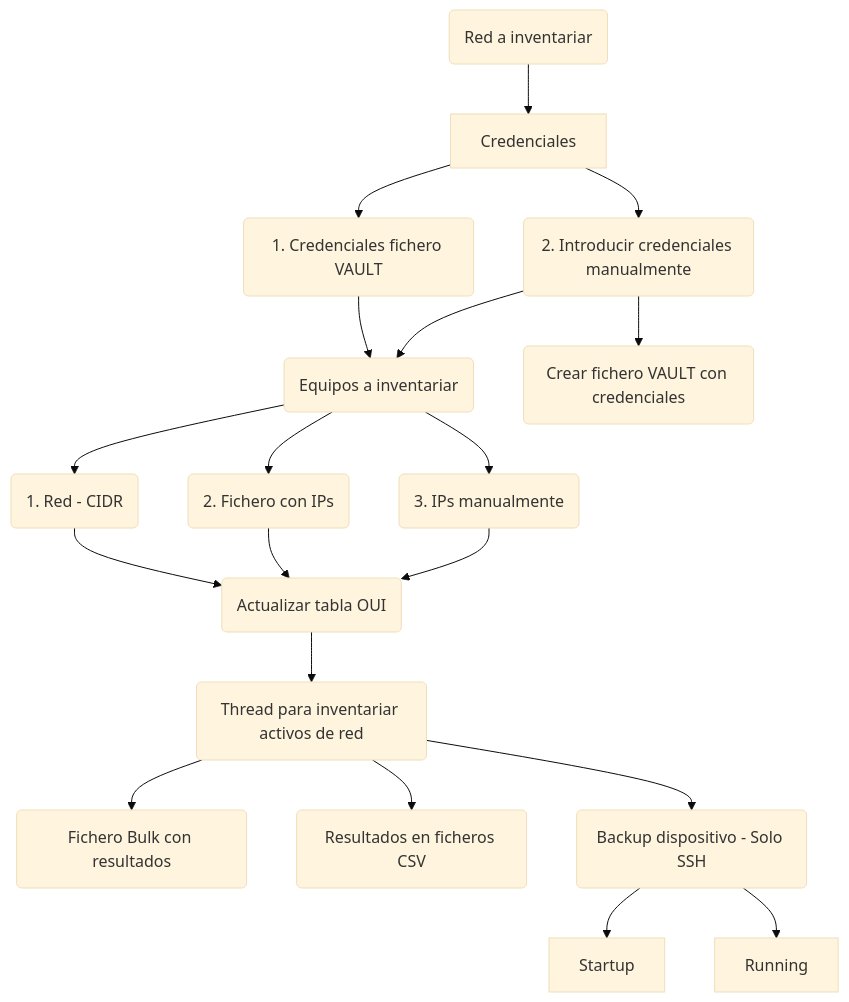
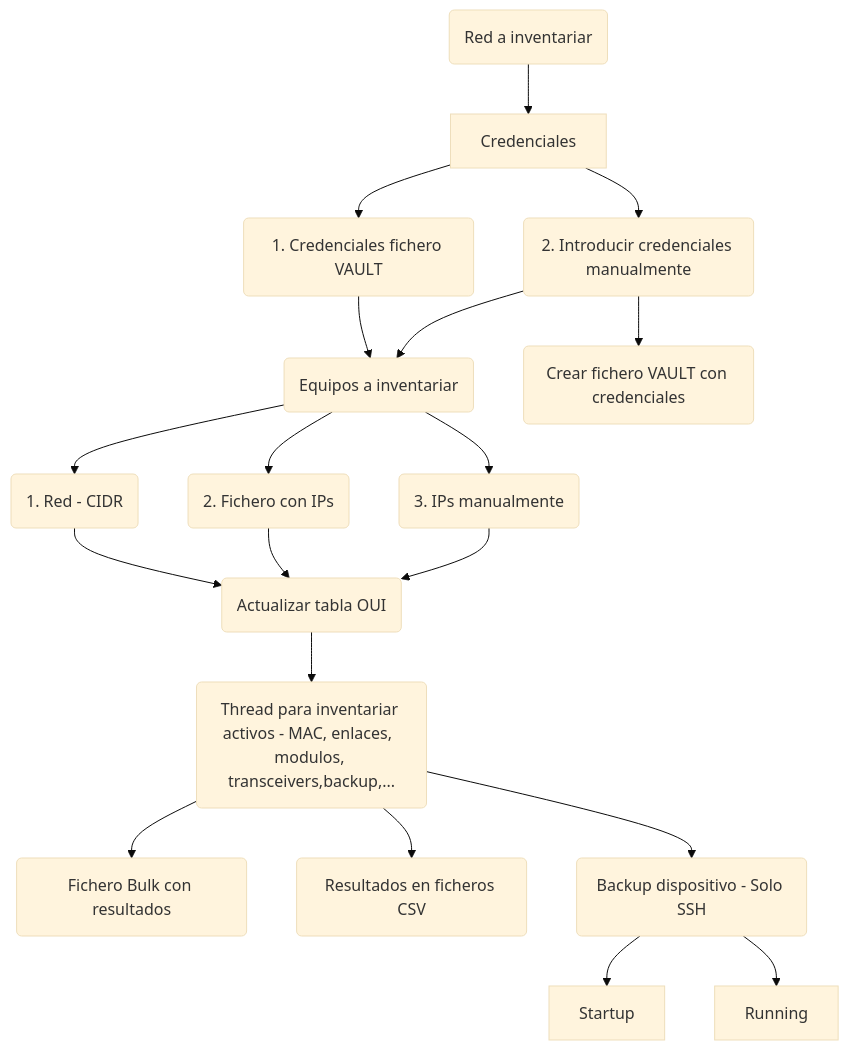
Before and after one commit to fmbrieva/test_readme: the diagram in README.md, drawn with Mermaid (base theme).

````diff
--- a/README.md
+++ b/README.md
@@ -41,21 +41,21 @@
 ```mermaid
 graph TD;
     Red(Red a inventariar)-->Credenciales;
     Credenciales-->Credenciales_Fichero_Vault(1. Credenciales fichero VAULT);
     Credenciales-->Credenciales_Manualmente(2. Introducir credenciales manualmente);
     Credenciales_Fichero_Vault-->Equipos_a_inventariar(Equipos a inventariar);
     Credenciales_Manualmente-->Equipos_a_inventariar;
     Credenciales_Manualmente-->Crear_Vault_Con_Credenciales(Crear fichero VAULT con credenciales);
     Equipos_a_inventariar-->Red_CIDR(1. Red - CIDR);
     Equipos_a_inventariar-->Fichero_IP(2. Fichero con IPs);
     Equipos_a_inventariar-->Introducir_IP(3. IPs manualmente);
     Red_CIDR-->Actualizar_OUI(Actualizar tabla OUI);
     Fichero_IP-->Actualizar_OUI;
     Introducir_IP-->Actualizar_OUI;
-    Actualizar_OUI--> Thread_Inventariar_Activos(Thread para inventariar activos de red);
+    Actualizar_OUI--> Thread_Inventariar_Activos(Thread para inventariar activos - MAC, enlaces,  modulos, transceivers,backup,...);
     Thread_Inventariar_Activos-->Resultados_Bulk(Fichero Bulk con resultados);
     Thread_Inventariar_Activos-->Resultados_CSV(Resultados en ficheros CSV);
     Thread_Inventariar_Activos-->Backup_Dispositivo_SSH(Backup dispositivo - Solo SSH);
     Backup_Dispositivo_SSH-->Startup;
     Backup_Dispositivo_SSH-->Running;
 ```
````
